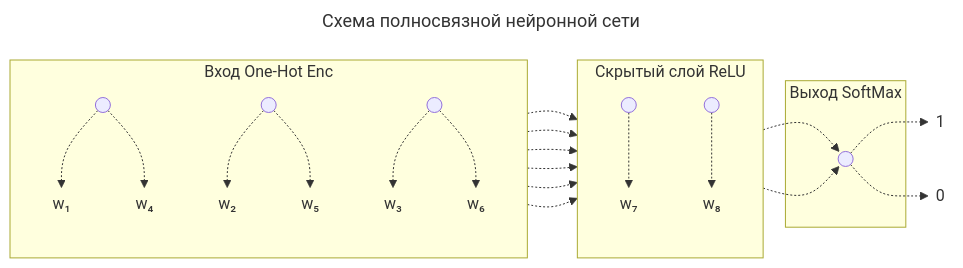
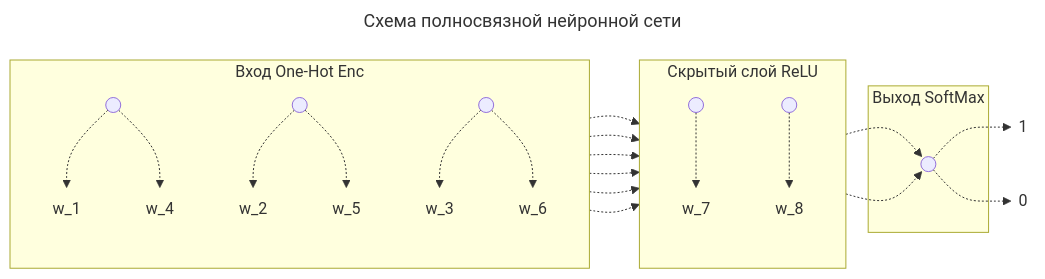
Before and after one commit to denisbolshakoff/Automation_of_prereview_of_scientific_manuscripts: the first of 2 diagrams in readme.md, drawn with Mermaid.

Commit message:
исправлена нейродиаграмма

````diff
--- a/readme.md
+++ b/readme.md
@@ -36,64 +36,64 @@
 ```mermaid
 ---
 title: Схема полносвязной нейронной сети
 ---
 
 graph LR
 
 classDef nofill fill:none, stroke:none;
 
 
     subgraph Clients[Вход One-Hot Enc]
         direction TB
 	 A1((" ")) 
 	 A2((" "))
 	 A3((" "))
-	 L1(("w₁")):::nofill
-	 L2(("w₂")):::nofill
-	 L3(("w₃")):::nofill
-	 L4(("w₄")):::nofill
-	 L5(("w₅")):::nofill
-	 L6(("w₆")):::nofill
+	 L1(("w_1")):::nofill
+	 L2(("w_2")):::nofill
+	 L3(("w_3")):::nofill
+	 L4(("w_4")):::nofill
+	 L5(("w_5")):::nofill
+	 L6(("w_6")):::nofill
  	end
 
 	subgraph Hidden[Скрытый слой ReLU]
 	direction TB
 	 B1((" "))
 	 B2((" "))
-	 L7(("w₇")):::nofill
-	 L8(("w₈")):::nofill
+	 L7(("w_7")):::nofill
+	 L8(("w_8")):::nofill
 	end
 
 	subgraph exit[Выход SoftMax]
 	 C1((" "))
 	end
 
 
 	L9(("1")):::nofill
 	L10(("0")):::nofill
 	
 	 A1 -.-> L1
 	 L1 -.-> B1
 	 A2 -.-> L2
 	 L2 -.-> B1
 	 A3 -.-> L3
 	 L3 -.-> B1
 
 	 A1 -.-> L4
 	 L4 -.-> B2
 	 A2 -.-> L5
 	 L5 -.-> B2
 	 A3 -.-> L6
 	 L6 -.-> B2
 
 
 	 C1 -.-> L9
 	 C1 -.-> L10
 
 
 	 B1 -.-> L7
 	 L7 -.-> C1
 	 B2 -.-> L8
 	 L8 -.-> C1
 
 ```
````
